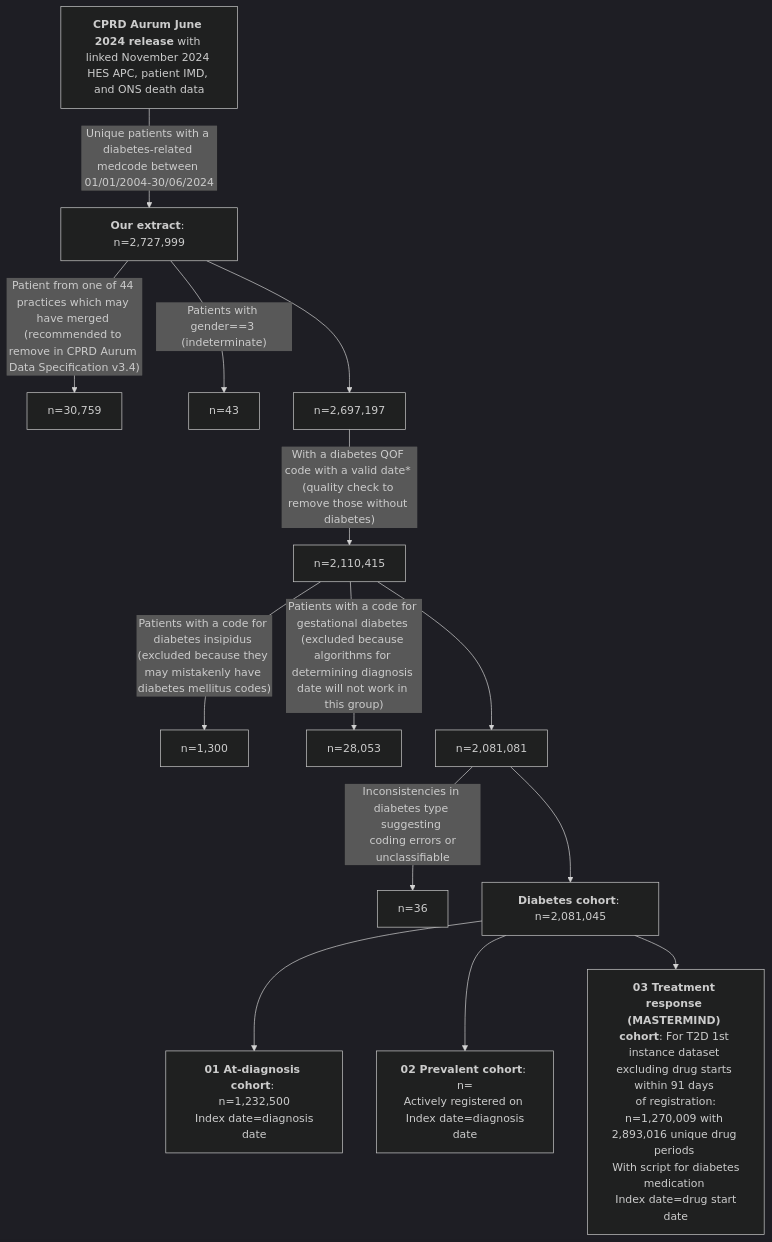
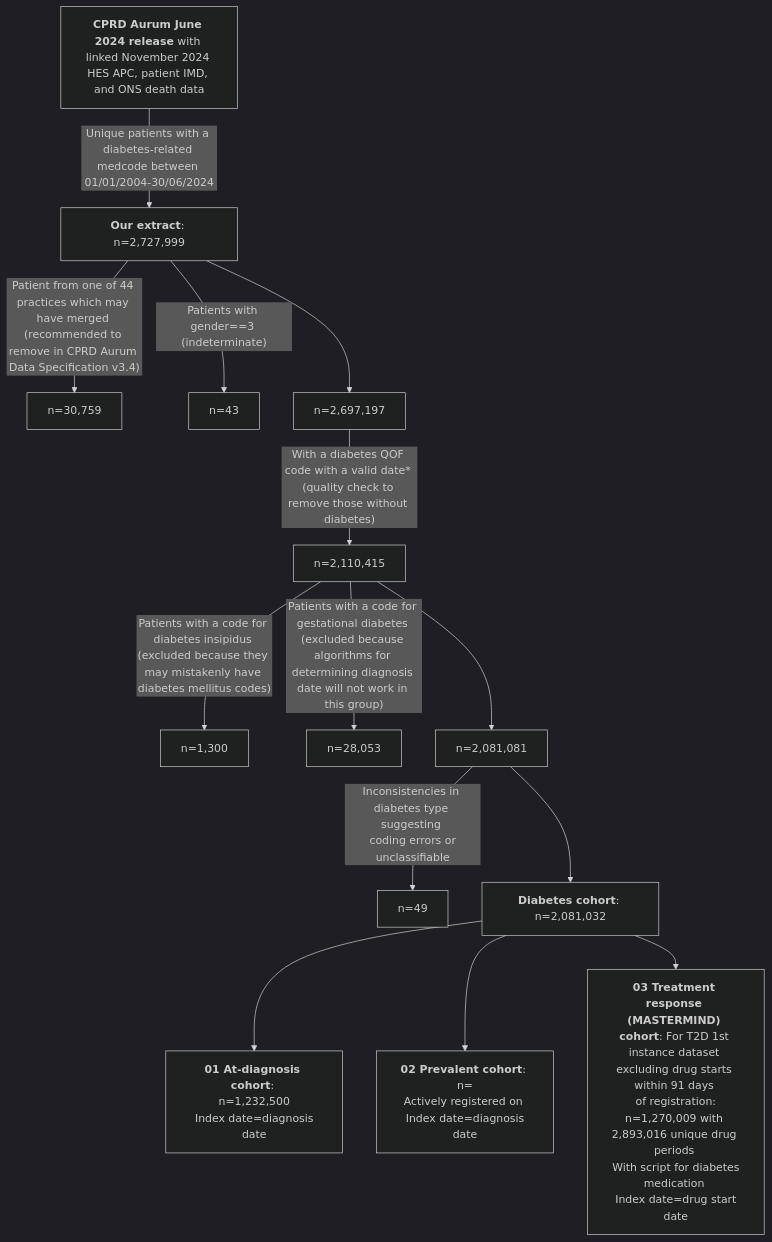
Before and after one commit to Exeter-Diabetes/CPRD-Cohort-scripts: the first of 2 diagrams in README.md, drawn with Mermaid (dark theme).

Commit message:
Removed 13 people from diabetes cohort with only DM codes in YOB

````diff
--- a/README.md
+++ b/README.md
@@ -12,16 +12,16 @@
 ```mermaid
 graph TD;
     A["<b>CPRD Aurum June 2024 release</b> with linked November 2024 HES APC, patient IMD, and ONS death data"] --> |"Unique patients with a diabetes-related medcode between 01/01/2004-30/06/2024"| B["<b>Our extract</b>: n=2,727,999"]
     B -->|"Patient from one of 44 practices which may have merged (recommended to remove in CPRD Aurum Data Specification v3.4)"|C["n=30,759"]
     B -->|"Patients with gender==3 (indeterminate)"|D["n=43"]
     B --> E["n=2,697,197"]
     E -->|"With a diabetes QOF code with a valid date* (quality check to remove those without diabetes)"|F["n=2,110,415"]
     F -->|"Patients with a code for diabetes insipidus (excluded because they may mistakenly have diabetes mellitus codes)"|G["n=1,300"]
     F -->|"Patients with a code for gestational diabetes (excluded because algorithms for determining diagnosis date will not work in this group)"|H["n=28,053"]
     F --> I["n=2,081,081"]
-    I --> |"Inconsistencies in diabetes type suggesting <br> coding errors or unclassifiable"|J["n=36"]
-    I --> K["<b>Diabetes cohort</b>: n=2,081,045"]
+    I --> |"Inconsistencies in diabetes type suggesting <br> coding errors or unclassifiable"|J["n=49"]
+    I --> K["<b>Diabetes cohort</b>: n=2,081,032"]
     K --> L["<b>01 At-diagnosis cohort</b>: <br> n=1,232,500 <br> Index date=diagnosis date"]
     K --> M["<b>02 Prevalent cohort</b>: <br> n= <br> Actively registered on  <br> Index date=diagnosis date"]
     K --> N["<b>03 Treatment response (MASTERMIND) cohort</b>: For T2D 1st instance dataset excluding drug starts within 91 days <br> of registration: n=1,270,009 with 2,893,016 unique drug periods <br> With script for diabetes medication <br> Index date=drug start date"]
 ```
````
